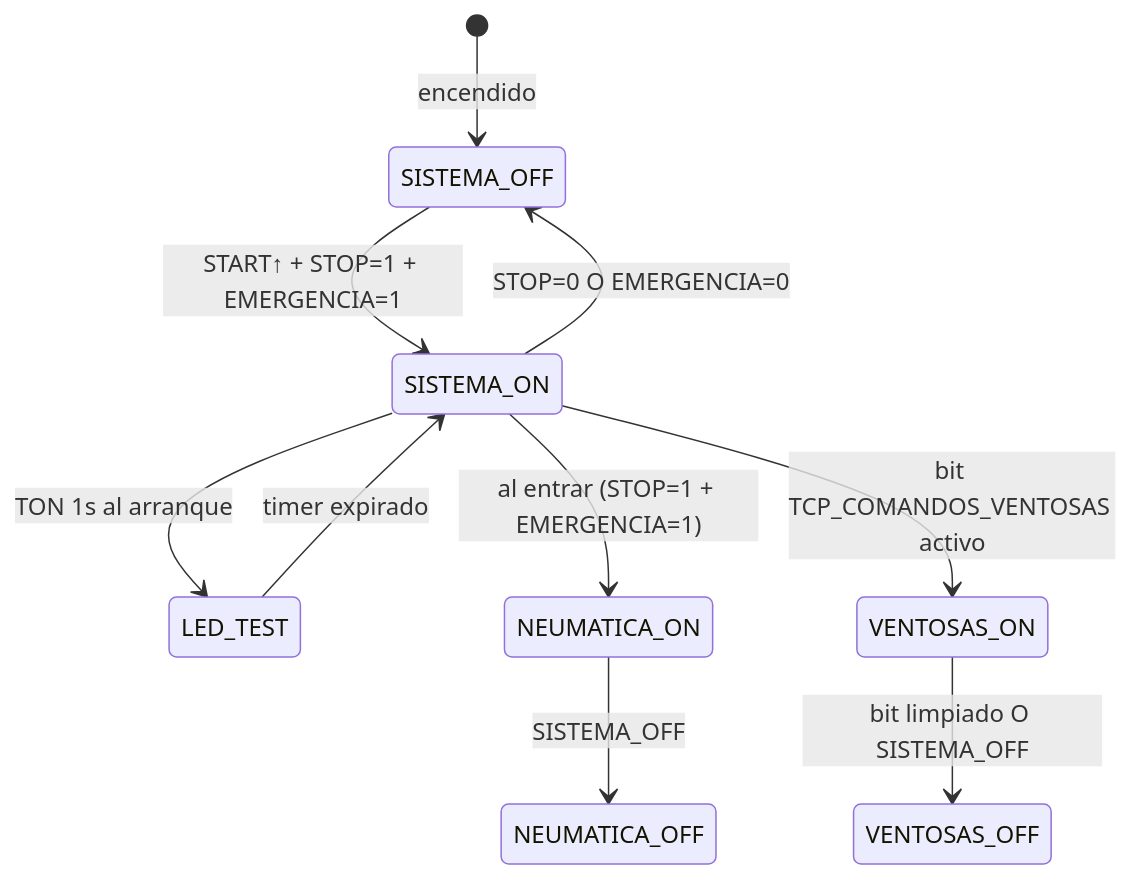
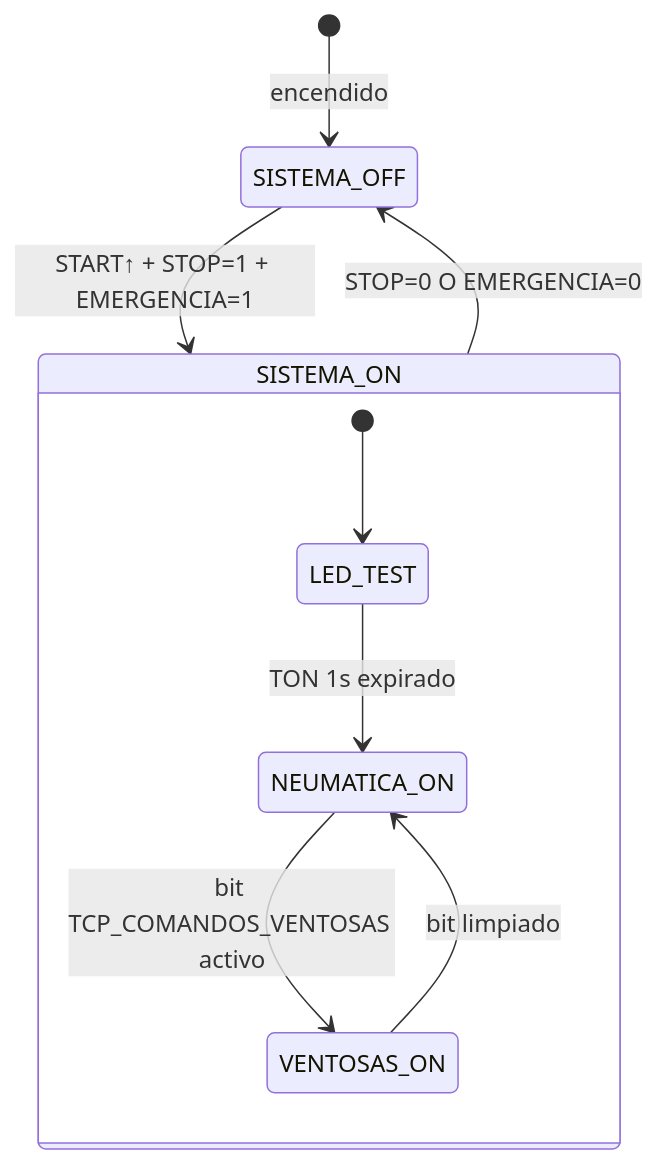
Before and after one commit to jorgefajardom-coder/drone-packaging-simulation-unity: the eighth of 12 diagrams in README.md, drawn with Mermaid. The commit also changed other lines of this file, not shown here.

Commit message:
docs: corregir stateDiagram Safety & Control Logic
Reemplaza estados flotantes por estados anidados dentro de SISTEMA_ON:
  LED_TEST → NEUMATICA_ON (permanece activa) → VENTOSAS_ON/OFF según TCP

https://claude.ai/code/session_01N5zKm8RkMTgX6hSqmAGPmp

````diff
--- a/README.md
+++ b/README.md
@@ -1495,16 +1493,14 @@
 ```mermaid
 stateDiagram-v2
     [*] --> SISTEMA_OFF : encendido
 
     SISTEMA_OFF --> SISTEMA_ON : START↑ + STOP=1 + EMERGENCIA=1
     SISTEMA_ON --> SISTEMA_OFF : STOP=0 O EMERGENCIA=0
 
-    SISTEMA_ON --> LED_TEST : TON 1s al arranque
-    LED_TEST --> SISTEMA_ON : timer expirado
-
-    SISTEMA_ON --> NEUMATICA_ON : al entrar (STOP=1 + EMERGENCIA=1)
-    NEUMATICA_ON --> NEUMATICA_OFF : SISTEMA_OFF
-
-    SISTEMA_ON --> VENTOSAS_ON : bit TCP_COMANDOS_VENTOSAS activo
-    VENTOSAS_ON --> VENTOSAS_OFF : bit limpiado O SISTEMA_OFF
+    state SISTEMA_ON {
+        [*] --> LED_TEST
+        LED_TEST --> NEUMATICA_ON : TON 1s expirado
+        NEUMATICA_ON --> VENTOSAS_ON : bit TCP_COMANDOS_VENTOSAS activo
+        VENTOSAS_ON --> NEUMATICA_ON : bit limpiado
+    }
 ```
````
